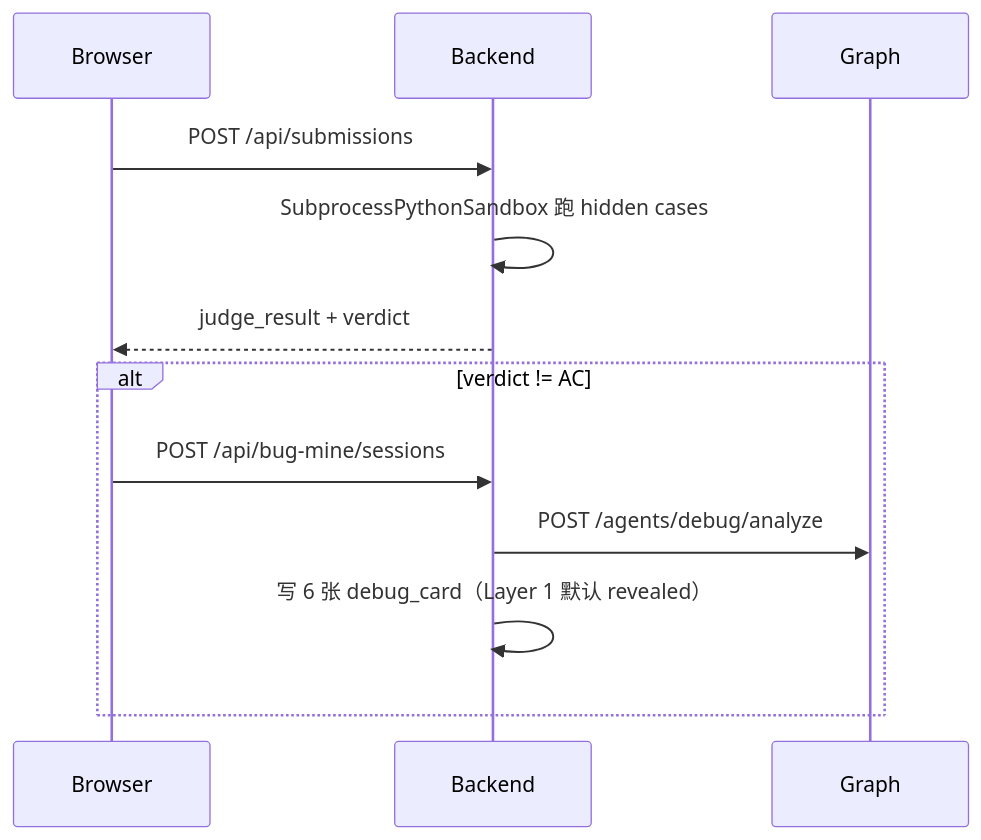
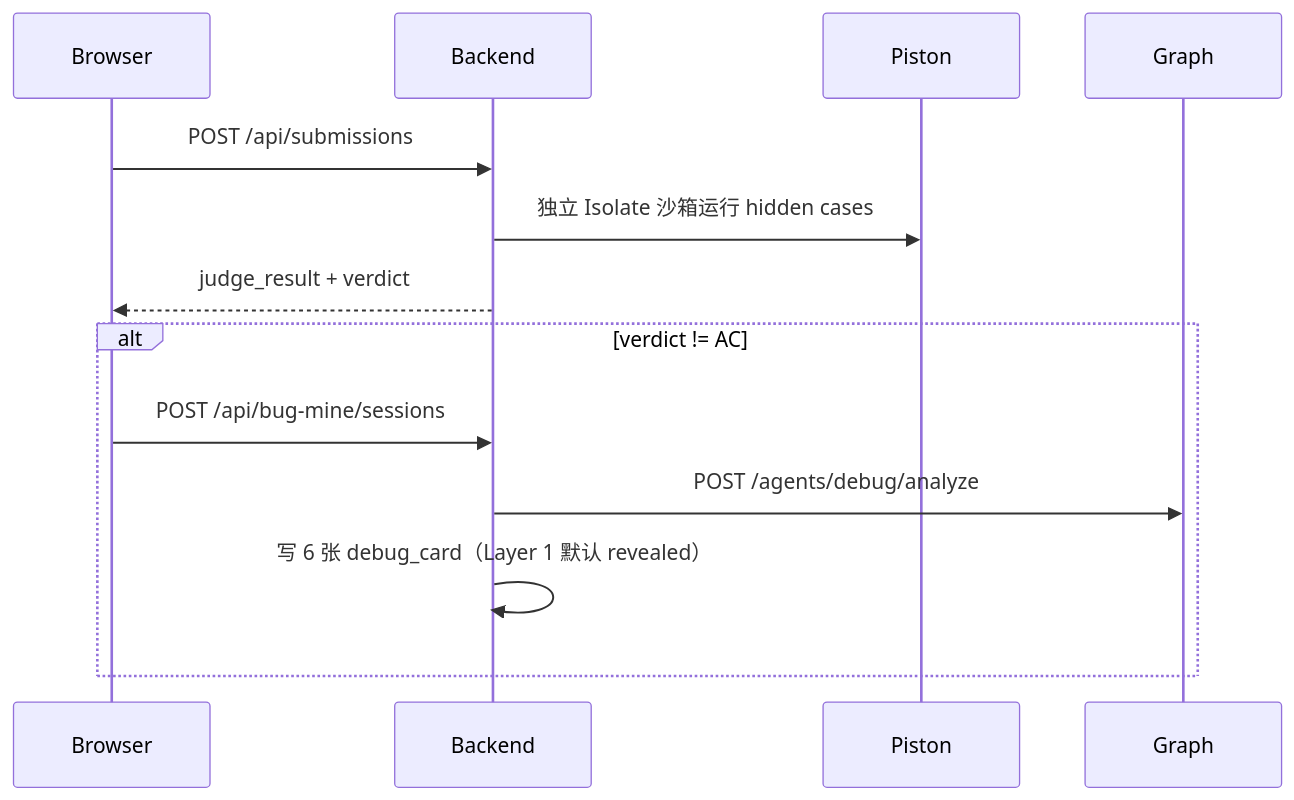
The sixth of 7 diagrams in docs/architecture/system_design.md (cypre5s/Pythontopia), drawn with Mermaid before and after one commit. The commit also changed 309 other files, not shown here.

Commit message:
Harden DeepSeek tutoring and expedition flows

````diff
--- a/docs/architecture/system_design.md
+++ b/docs/architecture/system_design.md
@@ -136,11 +136,11 @@
 ```mermaid
 sequenceDiagram
   Browser->>Backend: POST /api/submissions
-  Backend->>Backend: SubprocessPythonSandbox 跑 hidden cases
+  Backend->>Piston: 独立 Isolate 沙箱运行 hidden cases
   Backend-->>Browser: judge_result + verdict
   alt verdict != AC
     Browser->>Backend: POST /api/bug-mine/sessions
     Backend->>Graph: POST /agents/debug/analyze
     Backend->>Backend: 写 6 张 debug_card（Layer 1 默认 revealed）
   end
 ```
````
